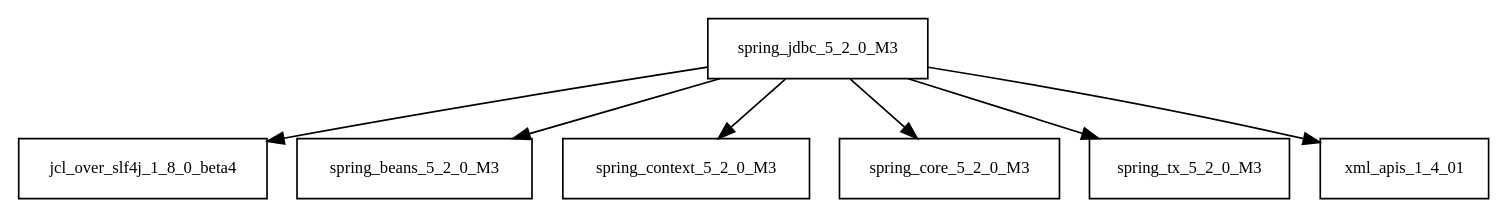
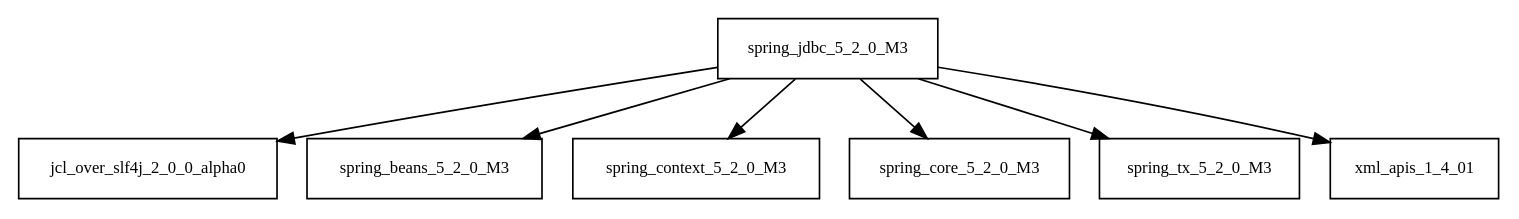
The diagram in tattleTaleReport/graphviz/spring-jdbc-5.2.0.M3.jar/spring-jdbc-5.2.0.M3.jar.dot (Hack23/cia), drawn with Graphviz before and after one commit. The commit also changed 4856 other files, not shown here.

```diff
--- a/tattleTaleReport/graphviz/spring-jdbc-5.2.0.M3.jar/spring-jdbc-5.2.0.M3.jar.dot
+++ b/tattleTaleReport/graphviz/spring-jdbc-5.2.0.M3.jar/spring-jdbc-5.2.0.M3.jar.dot
@@ -1,9 +1,9 @@
 digraph spring_jdbc_5_2_0_M3_dependencies {
   node [shape = box, fontsize=10.0];
-  spring_jdbc_5_2_0_M3 -> jcl_over_slf4j_1_8_0_beta4;
+  spring_jdbc_5_2_0_M3 -> jcl_over_slf4j_2_0_0_alpha0;
   spring_jdbc_5_2_0_M3 -> spring_beans_5_2_0_M3;
   spring_jdbc_5_2_0_M3 -> spring_context_5_2_0_M3;
   spring_jdbc_5_2_0_M3 -> spring_core_5_2_0_M3;
   spring_jdbc_5_2_0_M3 -> spring_tx_5_2_0_M3;
   spring_jdbc_5_2_0_M3 -> xml_apis_1_4_01;
 }
```
